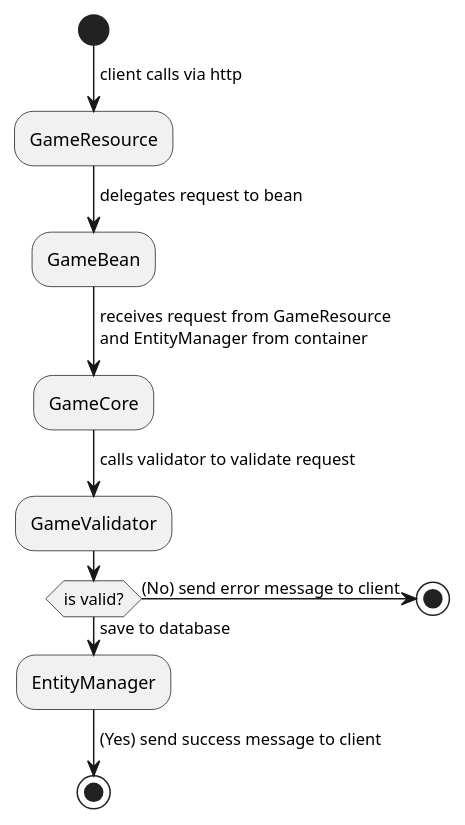
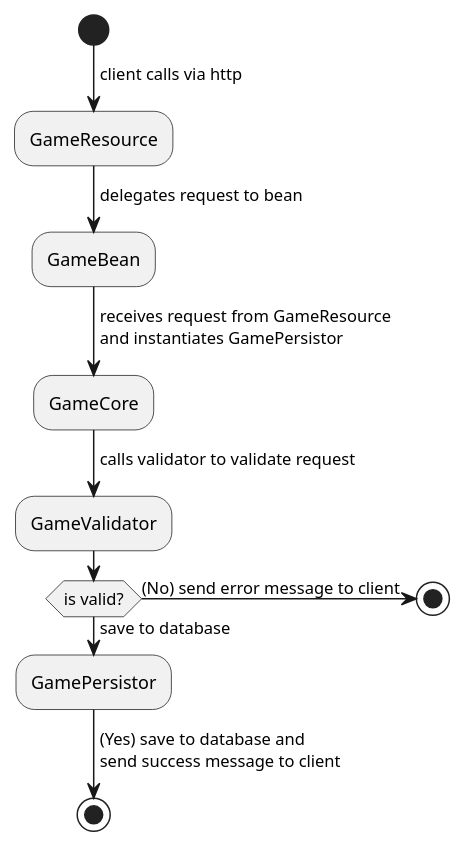
One commit to Anup490/game_rating changed the diagram in ApplicationFlow.puml. Above: the diagram before and after it, drawn with PlantUML. The commit also changed 54 other files, not shown here.

Commit message:
Refactored code according to hexagon architecture

```diff
--- a/ApplicationFlow.puml
+++ b/ApplicationFlow.puml
@@ -1,20 +1,21 @@
 @startuml
 start;
 ->client calls via http;
 :GameResource;
 ->delegates request to bean;
 :GameBean;
 ->receives request from GameResource
-and EntityManager from container;
+and instantiates GamePersistor;
 :GameCore;
 ->calls validator to validate request;
 :GameValidator;
 if(is valid?) then
     ->save to database;
-    :EntityManager;
-    ->(Yes) send success message to client;
+    :GamePersistor;
+    ->(Yes) save to database and
+    send success message to client;
 stop;
 else
     ->(No) send error message to client;
 stop;
 @enduml
```
